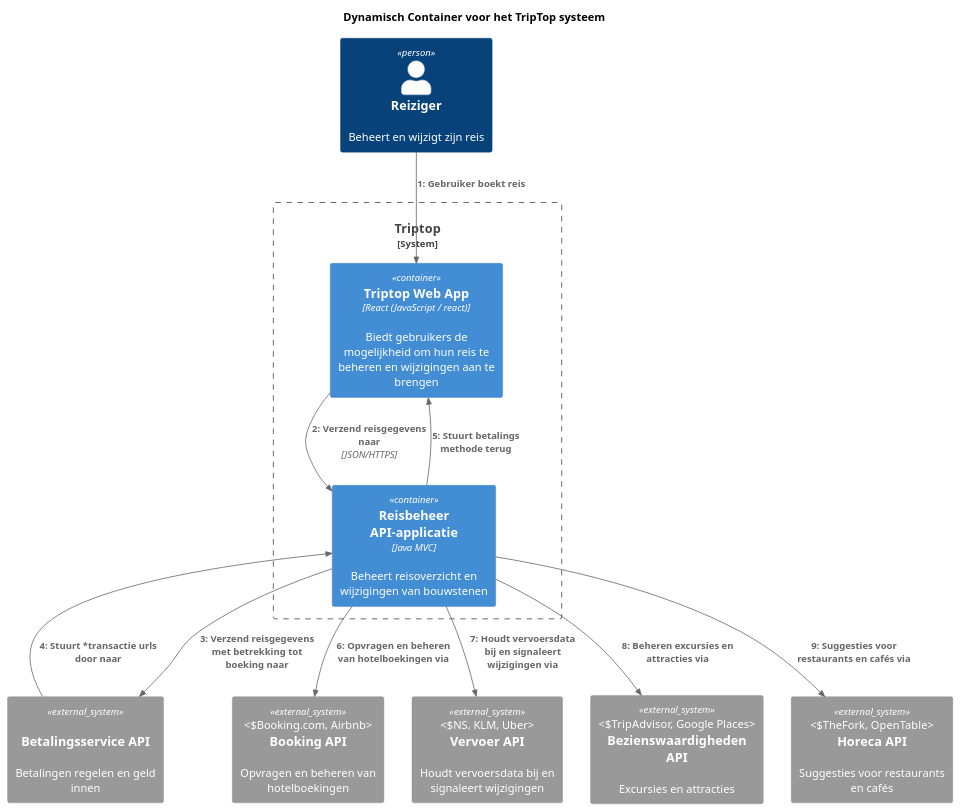
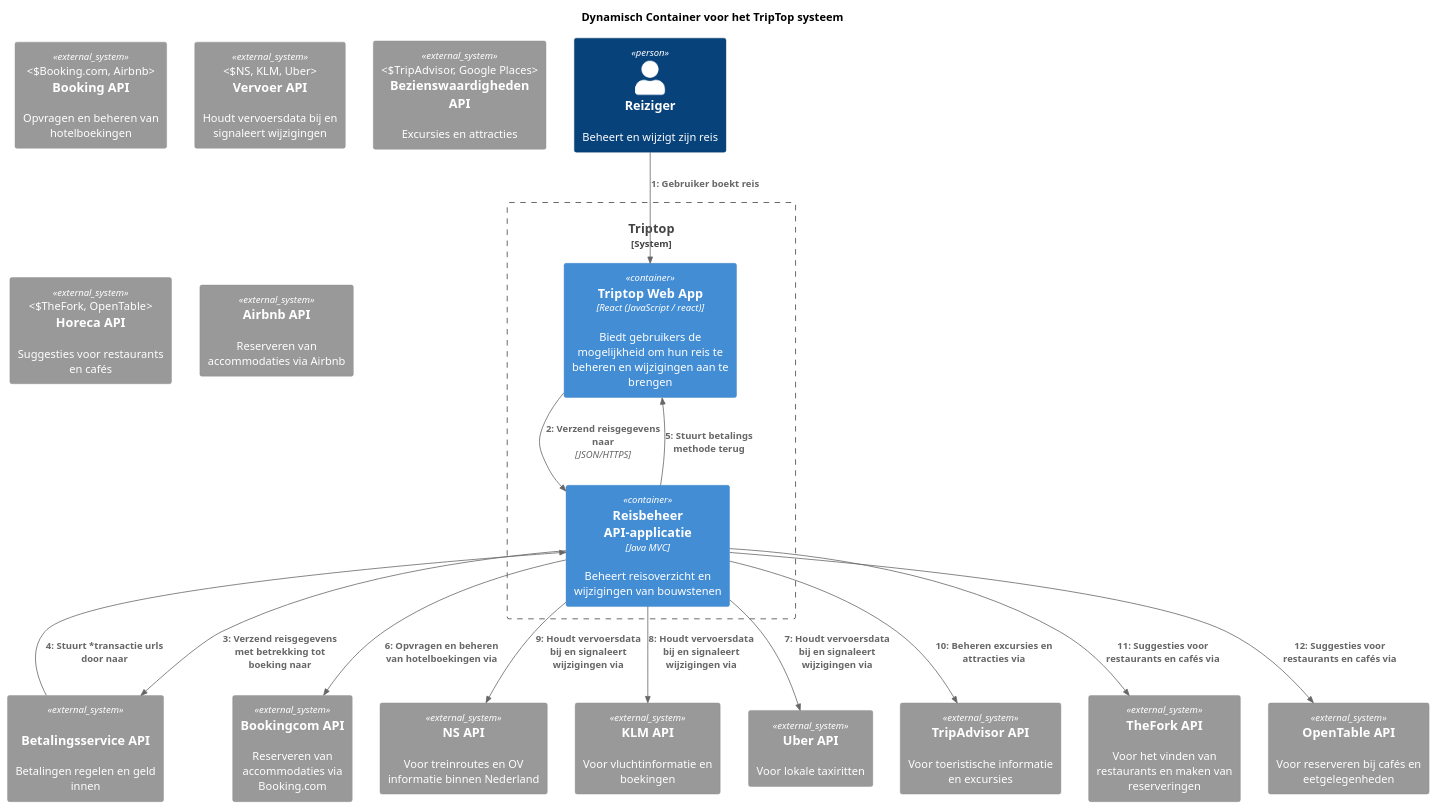
Before and after one commit to AIM-ENE-feb25/triptop-groep-4-afscheidscadeau-voor-juf-kim: the diagram in opdracht-diagrammen/Dynamisch Diagram reisBoeken.puml, drawn with PlantUML. The commit also changed 1 other file, not shown here.

```diff
--- a/opdracht-diagrammen/Dynamisch Diagram reisBoeken.puml
+++ b/opdracht-diagrammen/Dynamisch Diagram reisBoeken.puml
@@ -1,42 +1,61 @@
 @startuml
 !include https://raw.githubusercontent.com/plantuml-stdlib/C4-PlantUML/master/C4_Dynamic.puml
 
 title Dynamisch Container voor het TripTop systeem
 
 Person(user, "Reiziger", "Beheert en wijzigt zijn reis")
 
 System_Boundary(triptop, "Triptop") {
 
     Container(web, "Triptop Web App", "React (JavaScript / react)", "Biedt gebruikers de mogelijkheid om hun reis te beheren en wijzigingen aan te brengen")
 
 '    Nodig?
 '    Container(api, "API Gateway", "Java MVC", "")
 
     Container(trip_manager, "Reisbeheer API-applicatie", "Java MVC", "Beheert reisoverzicht en wijzigingen van bouwstenen")
 }
 
 
 System_Ext(booking, "Booking API", "Opvragen en beheren van hotelboekingen", "Booking.com, Airbnb")
 
 System_Ext(transport, "Vervoer API", "Houdt vervoersdata bij en signaleert wijzigingen", "NS, KLM, Uber")
 
 System_Ext(attractions, "Bezienswaardigheden API", "Excursies en attracties", "TripAdvisor, Google Places")
 
 System_Ext(horeca, "Horeca API", "Suggesties voor restaurants en cafés", "TheFork, OpenTable")
 
 System_Ext(betaling, "Betalingsservice API", "Betalingen regelen en geld innen", "Stripe")
 
+
+
+System_Ext(BookingComAPI, "Bookingcom API", "Reserveren van accommodaties via Booking.com")
+System_Ext(AirbnbAPI, "Airbnb API", "Reserveren van accommodaties via Airbnb")
+
+System_Ext(NSAPI, "NS API", "Voor treinroutes en OV informatie binnen Nederland")
+System_Ext(KLMAPI, "KLM API", "Voor vluchtinformatie en boekingen")
+System_Ext(UberAPI, "Uber API", "Voor lokale taxiritten")
+
+System_Ext(TripAdvisorAPI, "TripAdvisor API", "Voor toeristische informatie en excursies")
+
+System_Ext(TheForkAPI, "TheFork API", "Voor het vinden van restaurants en maken van reserveringen")
+System_Ext(OpenTableAPI, "OpenTable API", "Voor reserveren bij cafés en eetgelegenheden")
+
+
 Rel(user, web, "Gebruiker boekt reis")
 Rel(web, trip_manager, "Verzend reisgegevens naar", JSON/HTTPS)
 Rel(trip_manager, betaling, "Verzend reisgegevens met betrekking tot boeking naar")
 Rel(betaling, trip_manager, "Stuurt *transactie urls door naar")
 Rel(trip_manager, web, "Stuurt betalings methode terug")
 
 
 ' Connecting all APIs to Reisbeheer API applicatie
-Rel(trip_manager, booking, "Opvragen en beheren van hotelboekingen via")
-Rel(trip_manager, transport, "Houdt vervoersdata bij en signaleert wijzigingen via")
-Rel(trip_manager, attractions, "Beheren excursies en attracties via")
-Rel(trip_manager, horeca, "Suggesties voor restaurants en cafés via")
+Rel(trip_manager, BookingComAPI, "Opvragen en beheren van hotelboekingen via")
+Rel(trip_manager, UberAPI, "Houdt vervoersdata bij en signaleert wijzigingen via")
+Rel(trip_manager, KLMAPI, "Houdt vervoersdata bij en signaleert wijzigingen via")
+Rel(trip_manager, NSAPI, "Houdt vervoersdata bij en signaleert wijzigingen via")
+Rel(trip_manager, TripAdvisorAPI, "Beheren excursies en attracties via")
+Rel(trip_manager, TheForkAPI, "Suggesties voor restaurants en cafés via")
+Rel(trip_manager, OpenTableAPI, "Suggesties voor restaurants en cafés via")
+
 
 @enduml
```
